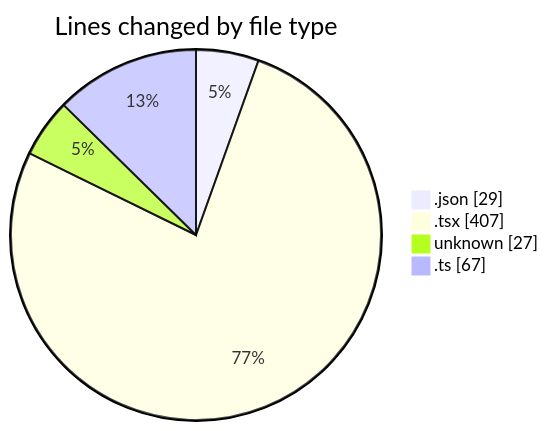
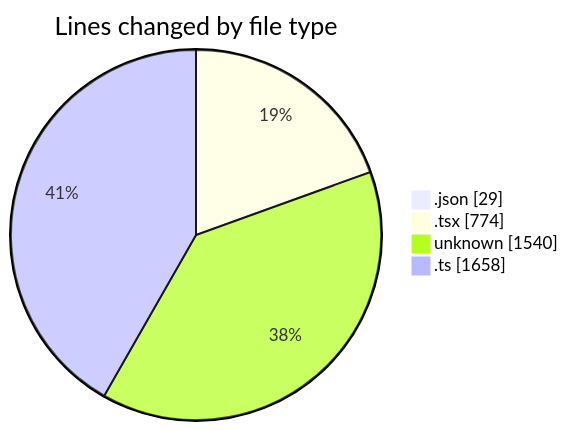
Before and after one commit to ernivani/code-tracking: the first of 2 diagrams in 2025-01-03/nextjs-webllm/README.md, drawn with Mermaid. The commit also changed other lines of this file and 5 other files, not shown here.

````diff
--- a/2025-01-03/nextjs-webllm/README.md
+++ b/2025-01-03/nextjs-webllm/README.md
@@ -26,8 +32,8 @@
 ```mermaid
 pie showData
 title Lines changed by file type
 ".json" : 29
-".tsx" : 407
-"unknown" : 27
-".ts" : 67
+".tsx" : 774
+"unknown" : 1540
+".ts" : 1658
 ```
````
